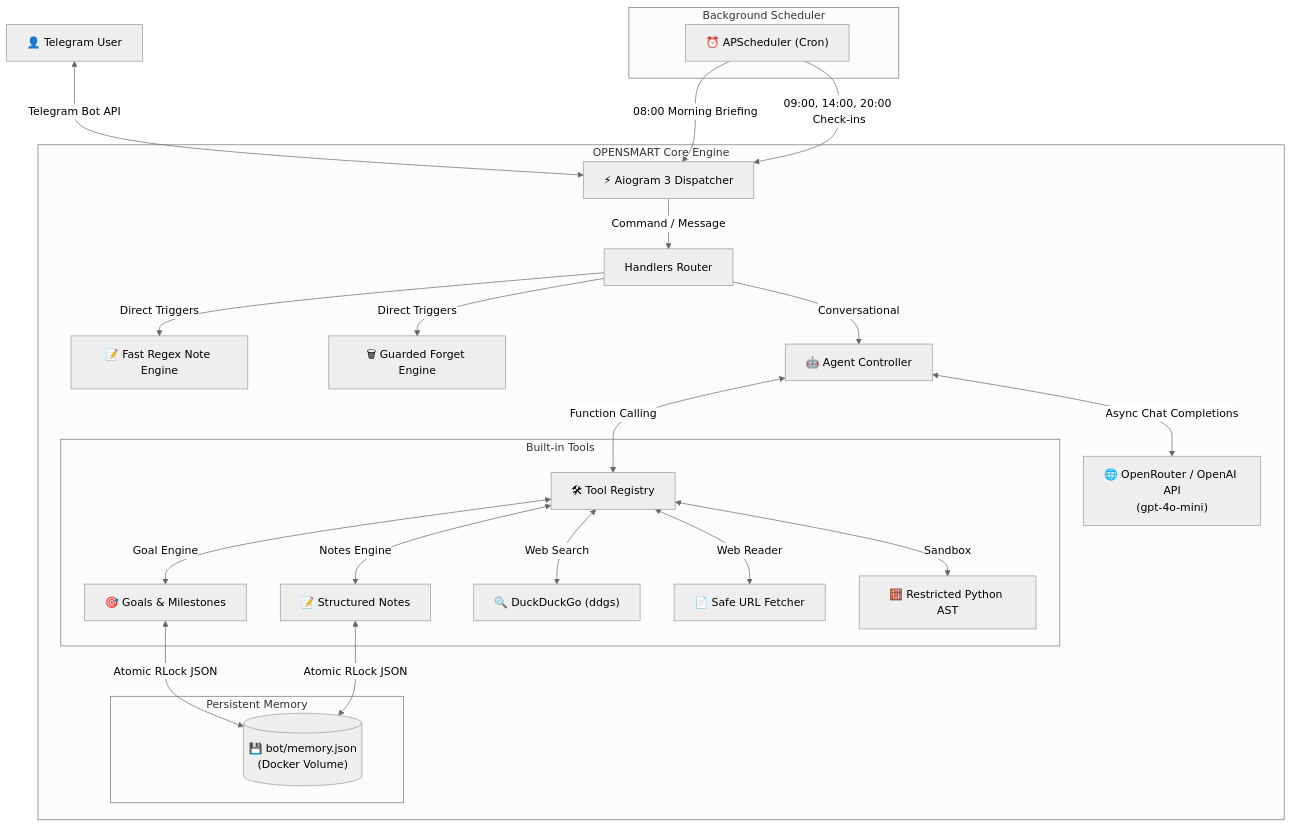
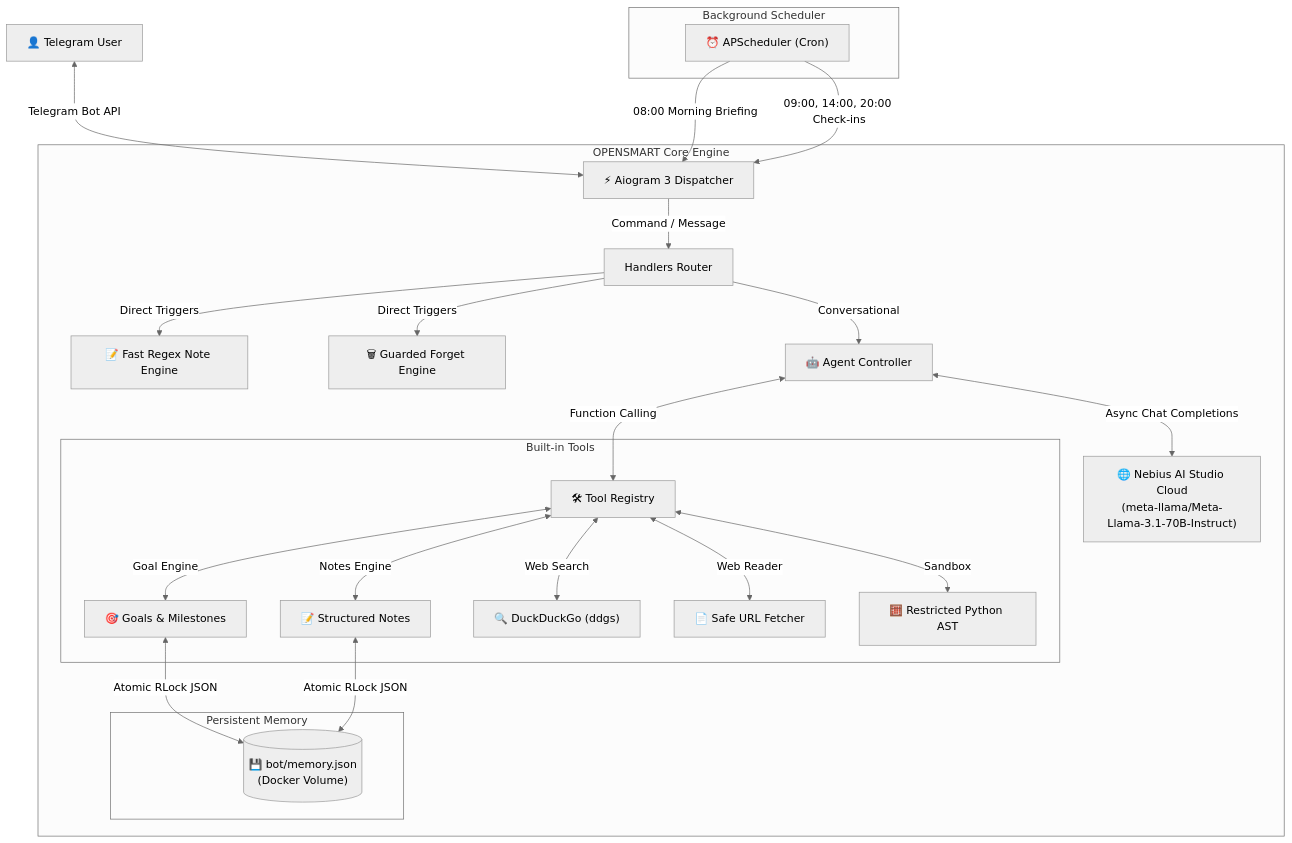
The diagram in README.md (erbulanbombi-ux/OPENSMART), drawn with Mermaid (neutral theme) before and after one commit. The commit also changed other lines of this file and 2 other files, not shown here.

Commit message:
feat: migrate LLM infrastructure to Nebius AI Studio (Meta-Llama-3.1-70B-Instruct)

````diff
--- a/README.md
+++ b/README.md
@@ -259,32 +261,32 @@
 ```mermaid
 flowchart TD
     User["👤 Telegram User"] <-->|"Telegram Bot API"| Aiogram["⚡ Aiogram 3 Dispatcher"]
     
     subgraph Core ["OPENSMART Core Engine"]
         Aiogram -->|"Command / Message"| Router["Handlers Router"]
         Router -->|"Direct Triggers"| FastNotes["📝 Fast Regex Note Engine"]
         Router -->|"Direct Triggers"| FastForget["🗑 Guarded Forget Engine"]
         Router -->|"Conversational"| Agent["🤖 Agent Controller"]
         
-        Agent <-->|"Async Chat Completions"| OpenRouter["🌐 OpenRouter / OpenAI API\n(gpt-4o-mini)"]
+        Agent <-->|"Async Chat Completions"| Nebius["🌐 Nebius AI Studio Cloud\n(meta-llama/Meta-Llama-3.1-70B-Instruct)"]
         Agent <-->|"Function Calling"| ToolRegistry["🛠 Tool Registry"]
         
         subgraph Tools ["Built-in Tools"]
             ToolRegistry <-->|"Goal Engine"| Goals["🎯 Goals & Milestones"]
             ToolRegistry <-->|"Notes Engine"| Notes["📝 Structured Notes"]
             ToolRegistry <-->|"Web Search"| Search["🔍 DuckDuckGo (ddgs)"]
             ToolRegistry <-->|"Web Reader"| Reader["📄 Safe URL Fetcher"]
             ToolRegistry <-->|"Sandbox"| PythonAST["🧮 Restricted Python AST"]
         end
         
         subgraph Storage ["Persistent Memory"]
             Goals <-->|"Atomic RLock JSON"| MemoryFile[("💾 bot/memory.json\n(Docker Volume)")]
             Notes <-->|"Atomic RLock JSON"| MemoryFile
         end
     end
     
     subgraph Scheduler ["Background Scheduler"]
         APScheduler["⏰ APScheduler (Cron)"] -->|"08:00 Morning Briefing"| Aiogram
         APScheduler -->|"09:00, 14:00, 20:00 Check-ins"| Aiogram
     end
 ```
````
